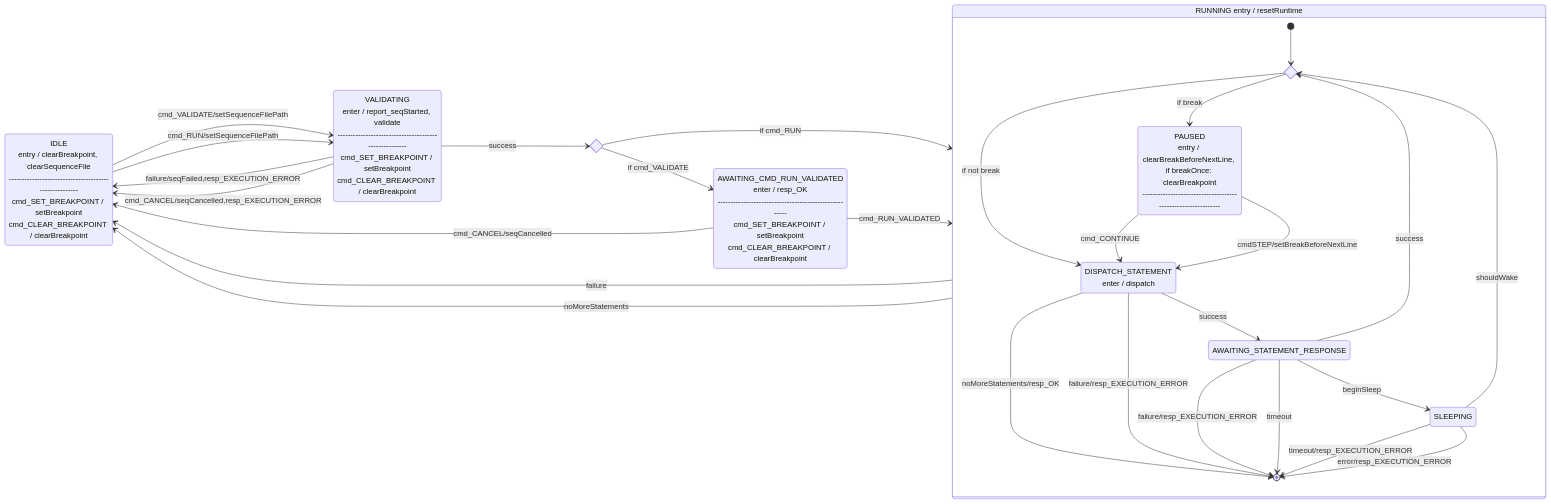
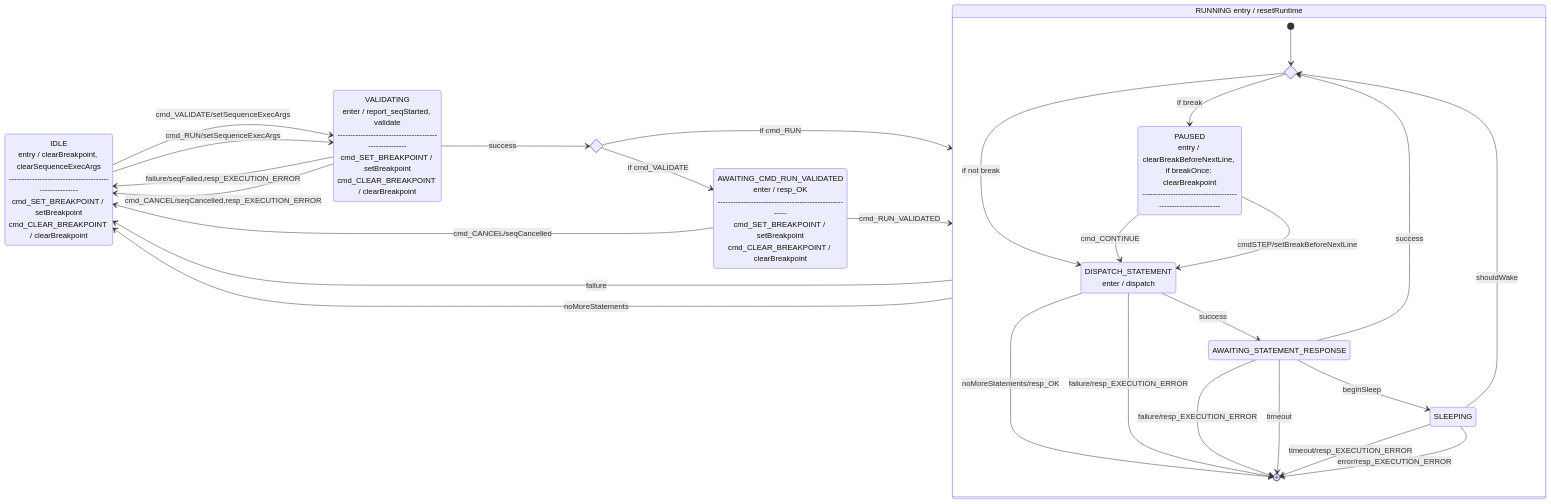
One commit to nasa/fprime changed the diagram in Svc/FpySequencer/docs/sdd.md. Above: the diagram before and after it, drawn with Mermaid. The commit also changed 15 other files, not shown here.

Commit message:
Fix no response from validate, refactor to prevent this class of issue, work on improving handling of path truncation

````diff
--- a/Svc/FpySequencer/docs/sdd.md
+++ b/Svc/FpySequencer/docs/sdd.md
@@ -48,80 +48,80 @@
 ```mermaid
 stateDiagram-v2
   direction LR
   state "IDLE
-entry / clearBreakpoint, clearSequenceFile
+entry / clearBreakpoint, clearSequenceExecArgs
     ------------------------------------------------------
     cmd_SET_BREAKPOINT / setBreakpoint
     cmd_CLEAR_BREAKPOINT / clearBreakpoint 
   " as IDLE
 
   state "VALIDATING
     enter / report_seqStarted, validate
     ------------------------------------------------------
     cmd_SET_BREAKPOINT / setBreakpoint
     cmd_CLEAR_BREAKPOINT / clearBreakpoint
   " as VALIDATING
 
   state VALID <<choice>>
 
   state "AWAITING_CMD_RUN_VALIDATED
     enter / resp_OK
     ------------------------------------------------------
     cmd_SET_BREAKPOINT / setBreakpoint
     cmd_CLEAR_BREAKPOINT / clearBreakpoint
   " as AWAITING_CMD_RUN_VALIDATED
 
   state "RUNNING entry / resetRuntime
   " as RUNNING {
     state BREAK_CHECK <<choice>>
 
     state "DISPATCH_STATEMENT
       enter / dispatch 
     " as DISPATCH_STATEMENT
 
     state "PAUSED
       entry / clearBreakBeforeNextLine, if breakOnce: clearBreakpoint
       -------------------------------------------------------------
     " as PAUSED
 
     [*] --> BREAK_CHECK
     BREAK_CHECK --> PAUSED: if break
     BREAK_CHECK --> DISPATCH_STATEMENT: if not break
 
     PAUSED --> DISPATCH_STATEMENT: cmd_CONTINUE
     PAUSED --> DISPATCH_STATEMENT: cmdSTEP/setBreakBeforeNextLine
 
     DISPATCH_STATEMENT --> [*]: noMoreStatements/resp_OK
     DISPATCH_STATEMENT --> [*]: failure/resp_EXECUTION_ERROR 
     DISPATCH_STATEMENT --> AWAITING_STATEMENT_RESPONSE: success
 
 
     AWAITING_STATEMENT_RESPONSE --> [*]: failure/resp_EXECUTION_ERROR 
     AWAITING_STATEMENT_RESPONSE --> [*]: timeout
     AWAITING_STATEMENT_RESPONSE --> SLEEPING: beginSleep
     AWAITING_STATEMENT_RESPONSE --> BREAK_CHECK: success
 
     SLEEPING --> [*]: timeout/resp_EXECUTION_ERROR
     SLEEPING --> [*]: error/resp_EXECUTION_ERROR
 
     SLEEPING --> BREAK_CHECK: shouldWake
 
   }
 
-  IDLE --> VALIDATING: cmd_VALIDATE/setSequenceFilePath
-  IDLE --> VALIDATING: cmd_RUN/setSequenceFilePath
+  IDLE --> VALIDATING: cmd_VALIDATE/setSequenceExecArgs
+  IDLE --> VALIDATING: cmd_RUN/setSequenceExecArgs
 
   VALID --> RUNNING: if cmd_RUN
   VALID --> AWAITING_CMD_RUN_VALIDATED: if cmd_VALIDATE
 
   VALIDATING --> IDLE:  failure/seqFailed,resp_EXECUTION_ERROR
   VALIDATING --> VALID: success
   VALIDATING --> IDLE: cmd_CANCEL/seqCancelled,resp_EXECUTION_ERROR
 
   AWAITING_CMD_RUN_VALIDATED --> IDLE: cmd_CANCEL/seqCancelled
   AWAITING_CMD_RUN_VALIDATED --> RUNNING: cmd_RUN_VALIDATED
 
   RUNNING --> IDLE: failure
   RUNNING --> IDLE: noMoreStatements
 
 ```
````
